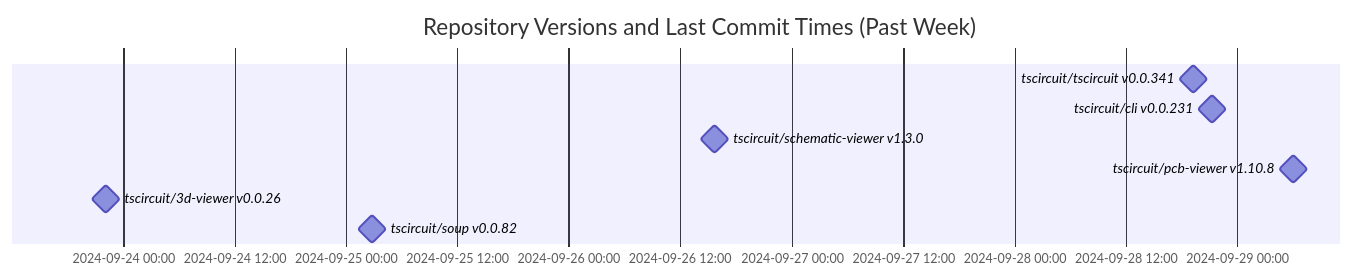
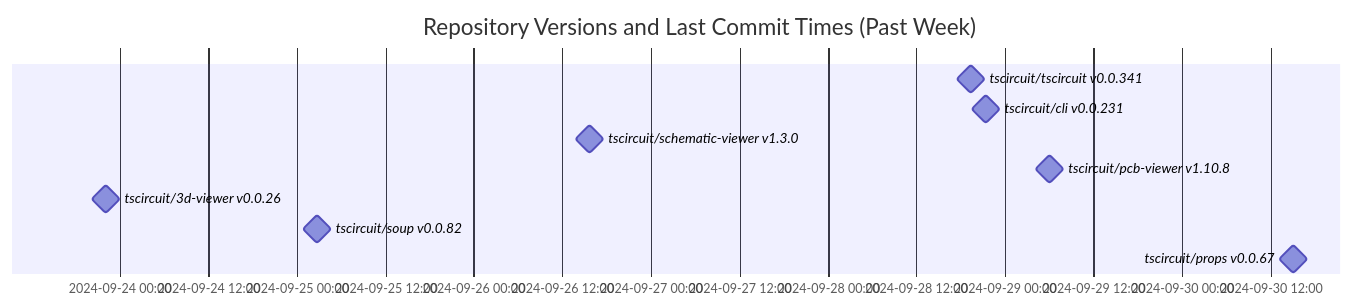
One commit to tscircuit/version-tracker changed the diagram in README.md. Above: the diagram before and after it, drawn with Mermaid.

Commit message:
Update chart

````diff
--- a/README.md
+++ b/README.md
@@ -1,13 +1,14 @@
 ```mermaid
 gantt
   dateFormat  YYYY-MM-DD HH:mm:ss
   title Repository Versions and Last Commit Times (Past Week)
   axisFormat %Y-%m-%d %H:%M
 
   tscircuit/tscircuit v0.0.341 : milestone, 2024-09-28 19:18:49, 1s
   tscircuit/cli v0.0.231 : milestone, 2024-09-28 21:20:14, 1s
   tscircuit/schematic-viewer v1.3.0 : milestone, 2024-09-26 15:39:47, 1s
   tscircuit/pcb-viewer v1.10.8 : milestone, 2024-09-29 06:04:46, 1s
   tscircuit/3d-viewer v0.0.26 : milestone, 2024-09-23 22:06:33, 1s
   tscircuit/soup v0.0.82 : milestone, 2024-09-25 02:48:20, 1s
+  tscircuit/props v0.0.67 : milestone, 2024-09-30 15:06:17, 1s
 ```
````
